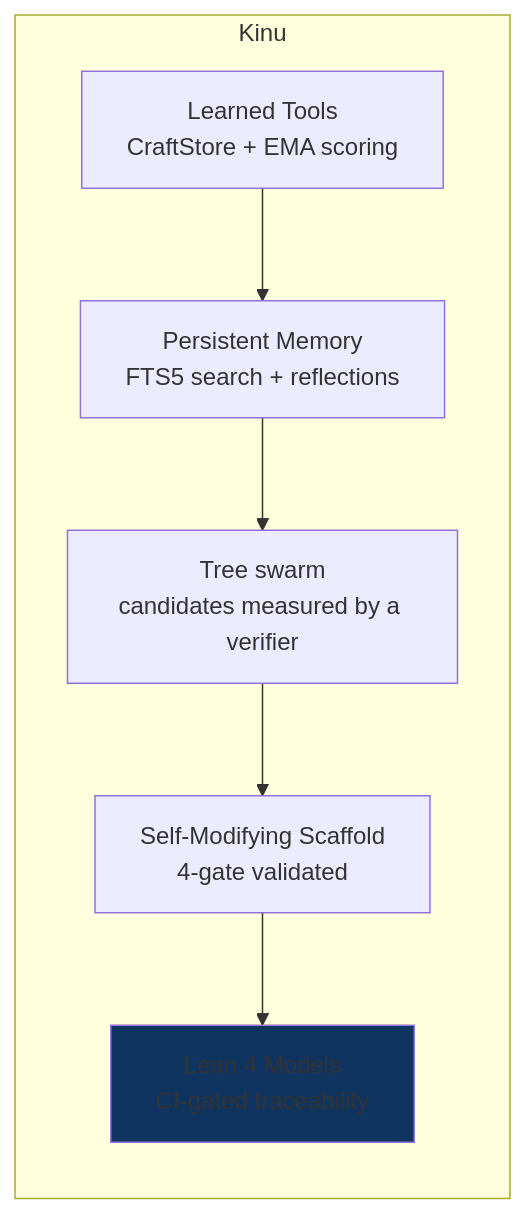
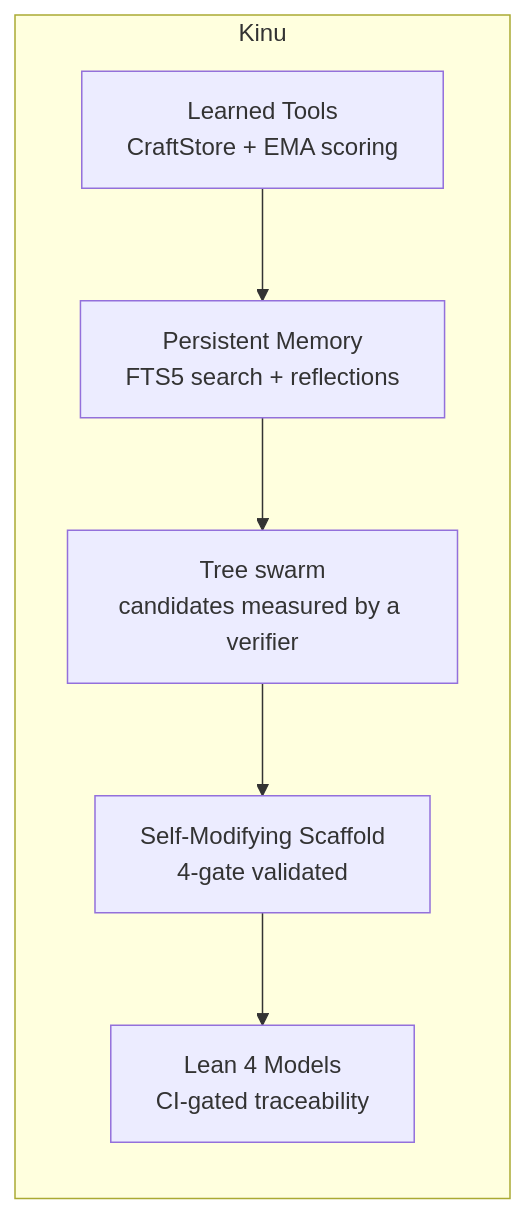
Before and after one commit to AshishKumar4/kinu: the first of 2 diagrams in docs/APPLICATIONS.md, drawn with Mermaid. The commit also changed other lines of this file and 2 other files, not shown here.

````diff
--- a/docs/APPLICATIONS.md
+++ b/docs/APPLICATIONS.md
@@ -13,11 +13,10 @@
 ```mermaid
 graph LR
     subgraph "Kinu"
         B1[Learned Tools<br/>CraftStore + EMA scoring] --> B2[Persistent Memory<br/>FTS5 search + reflections]
         B2 --> B3[Tree swarm<br/>candidates measured by a verifier]
         B3 --> B4[Self-Modifying Scaffold<br/>4-gate validated]
         B4 --> B5[Lean 4 Models<br/>CI-gated traceability]
     end
 
-    style B5 fill:#0f3460
 ```
````
